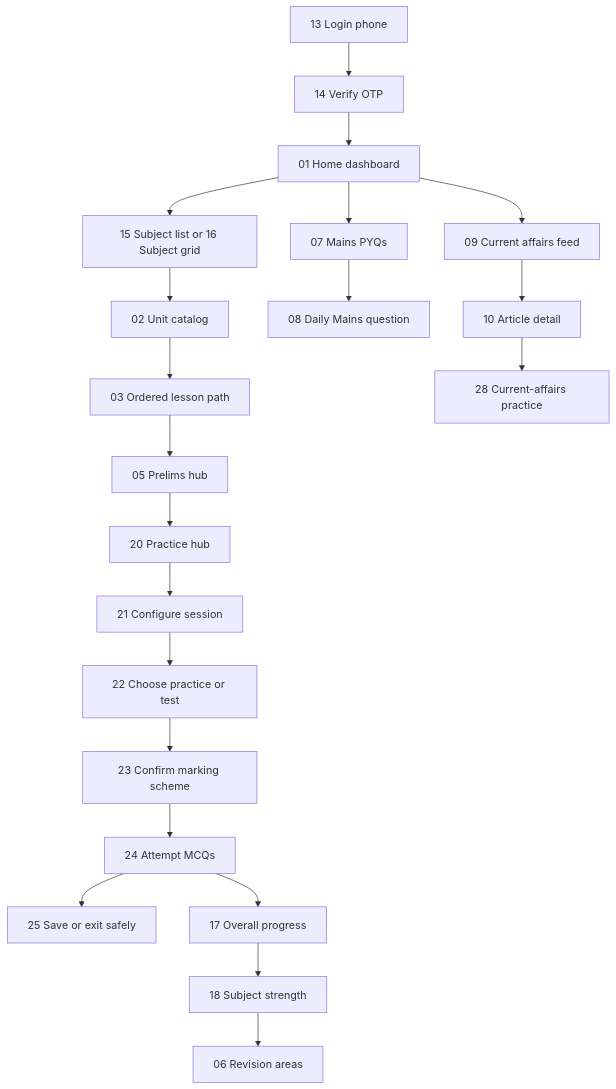
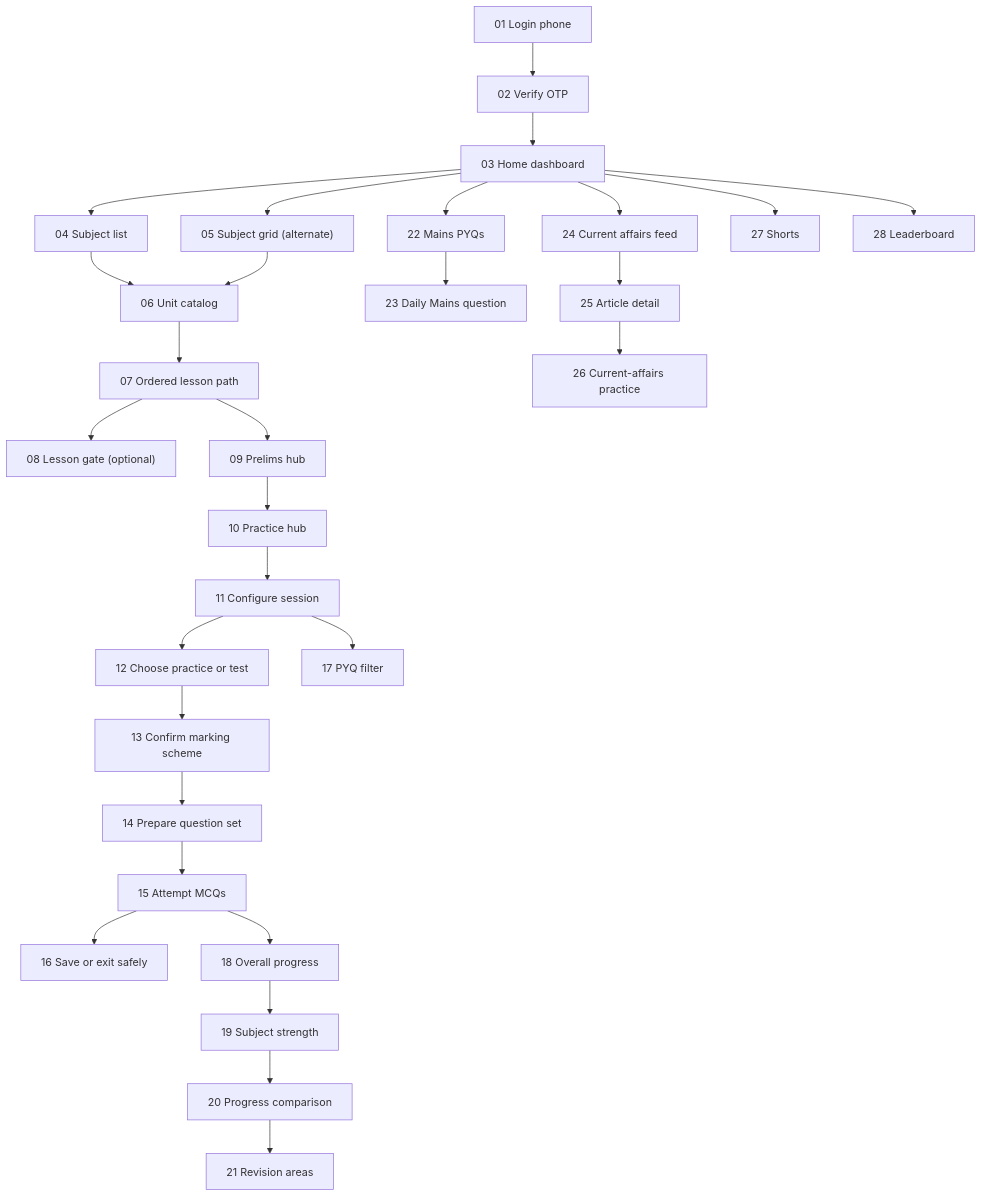
Before and after one commit to adarsh-repos/sarkariexams-docs: the second of 3 diagrams in mobile/unacademy/REFERENCE-APP-FLOW.md, drawn with Mermaid. The commit also changed other lines of this file and 29 other files, not shown here.

First line of the commit message:
Publish onboarding-first mobile reference flow PDF.

````diff
--- a/mobile/unacademy/REFERENCE-APP-FLOW.md
+++ b/mobile/unacademy/REFERENCE-APP-FLOW.md
@@ -68,23 +68,31 @@
 ```mermaid
 flowchart TD
-    S13["13 Login phone"] --> S14["14 Verify OTP"]
-    S14 --> S01["01 Home dashboard"]
-    S01 --> S15["15 Subject list or 16 Subject grid"]
-    S15 --> S02["02 Unit catalog"]
-    S02 --> S03["03 Ordered lesson path"]
-    S03 --> S05["05 Prelims hub"]
-    S05 --> S20["20 Practice hub"]
-    S20 --> S21["21 Configure session"]
-    S21 --> S22["22 Choose practice or test"]
-    S22 --> S23["23 Confirm marking scheme"]
-    S23 --> S24["24 Attempt MCQs"]
-    S24 --> S25["25 Save or exit safely"]
-    S24 --> S17["17 Overall progress"]
-    S17 --> S18["18 Subject strength"]
-    S18 --> S06["06 Revision areas"]
-    S01 --> S07["07 Mains PYQs"]
-    S07 --> S08["08 Daily Mains question"]
-    S01 --> S09["09 Current affairs feed"]
-    S09 --> S10["10 Article detail"]
-    S10 --> S28["28 Current-affairs practice"]
+    S01["01 Login phone"] --> S02["02 Verify OTP"]
+    S02 --> S03["03 Home dashboard"]
+    S03 --> S04["04 Subject list"]
+    S03 --> S05["05 Subject grid (alternate)"]
+    S04 --> S06["06 Unit catalog"]
+    S05 --> S06
+    S06 --> S07["07 Ordered lesson path"]
+    S07 --> S08["08 Lesson gate (optional)"]
+    S07 --> S09["09 Prelims hub"]
+    S09 --> S10["10 Practice hub"]
+    S10 --> S11["11 Configure session"]
+    S11 --> S12["12 Choose practice or test"]
+    S12 --> S13["13 Confirm marking scheme"]
+    S13 --> S14["14 Prepare question set"]
+    S14 --> S15["15 Attempt MCQs"]
+    S15 --> S16["16 Save or exit safely"]
+    S11 --> S17["17 PYQ filter"]
+    S15 --> S18["18 Overall progress"]
+    S18 --> S19["19 Subject strength"]
+    S19 --> S20["20 Progress comparison"]
+    S20 --> S21["21 Revision areas"]
+    S03 --> S22["22 Mains PYQs"]
+    S22 --> S23["23 Daily Mains question"]
+    S03 --> S24["24 Current affairs feed"]
+    S24 --> S25["25 Article detail"]
+    S25 --> S26["26 Current-affairs practice"]
+    S03 --> S27["27 Shorts"]
+    S03 --> S28["28 Leaderboard"]
 ```
````
